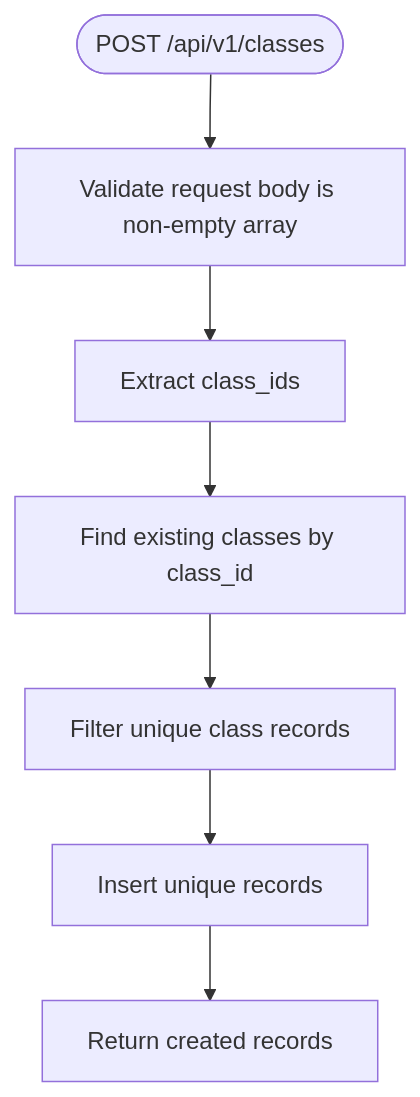
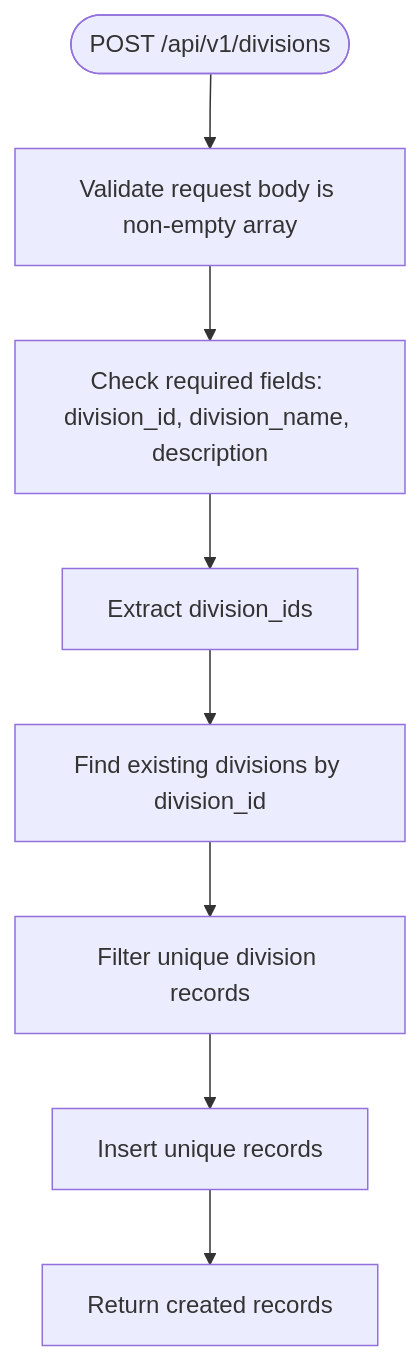
Before and after one commit to Aryan9060/Timetable-Project: the fifth of 7 diagrams in .qoder/repowiki/en/content/API Reference/Master Data Endpoints/Class & Program Management Endpoints.md, drawn with Mermaid. The commit also changed other lines of this file and 15 other files, not shown here.

First line of the commit message:
docs(api): replace class with division management endpoints

````diff
--- a/.qoder/repowiki/en/content/API Reference/Master Data Endpoints/Class & Program Management Endpoints.md
+++ b/.qoder/repowiki/en/content/API Reference/Master Data Endpoints/Class & Program Management Endpoints.md
@@ -258,9 +299,10 @@
 ```mermaid
 flowchart TD
-Start(["POST /api/v1/classes"]) --> Validate["Validate request body is non-empty array"]
-Validate --> ExtractIds["Extract class_ids"]
-ExtractIds --> FindExisting["Find existing classes by class_id"]
-FindExisting --> FilterUnique["Filter unique class records"]
+Start(["POST /api/v1/divisions"]) --> Validate["Validate request body is non-empty array"]
+Validate --> CheckFields["Check required fields: division_id, division_name, description"]
+CheckFields --> ExtractIds["Extract division_ids"]
+ExtractIds --> FindExisting["Find existing divisions by division_id"]
+FindExisting --> FilterUnique["Filter unique division records"]
 FilterUnique --> InsertMany["Insert unique records"]
 InsertMany --> Respond["Return created records"]
 ```
````
